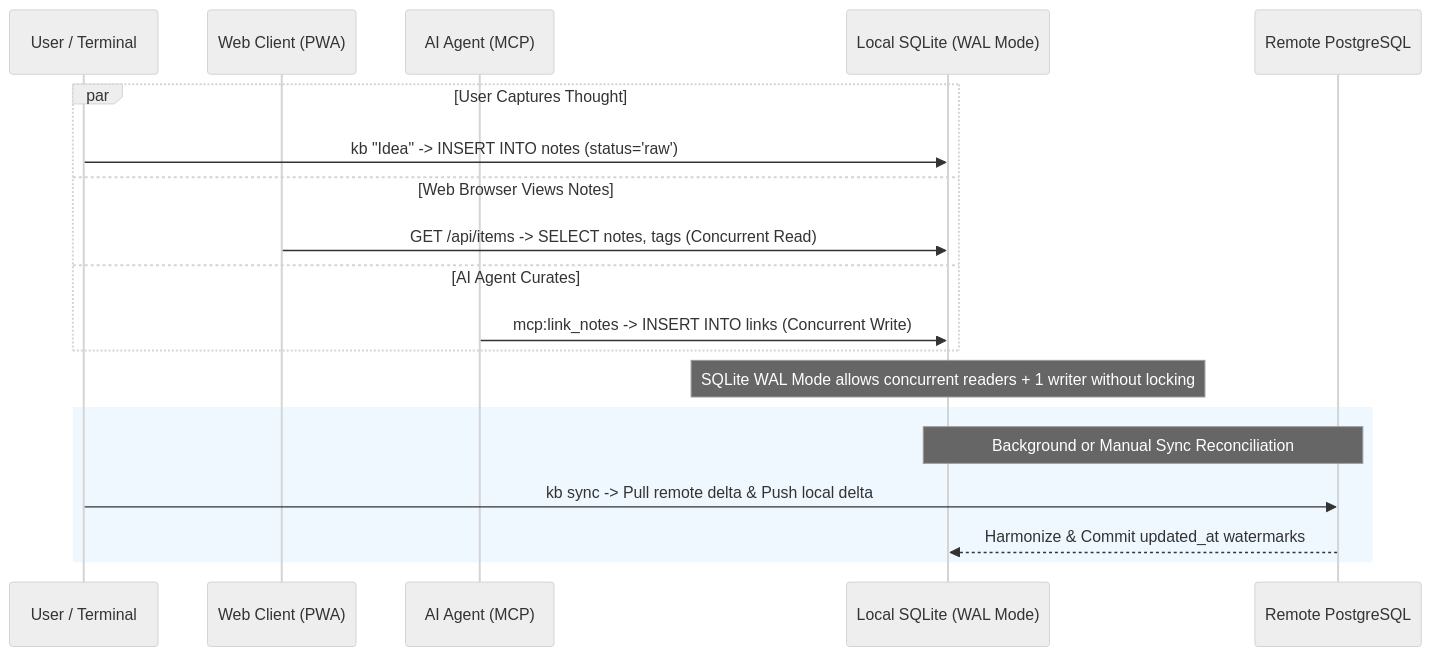
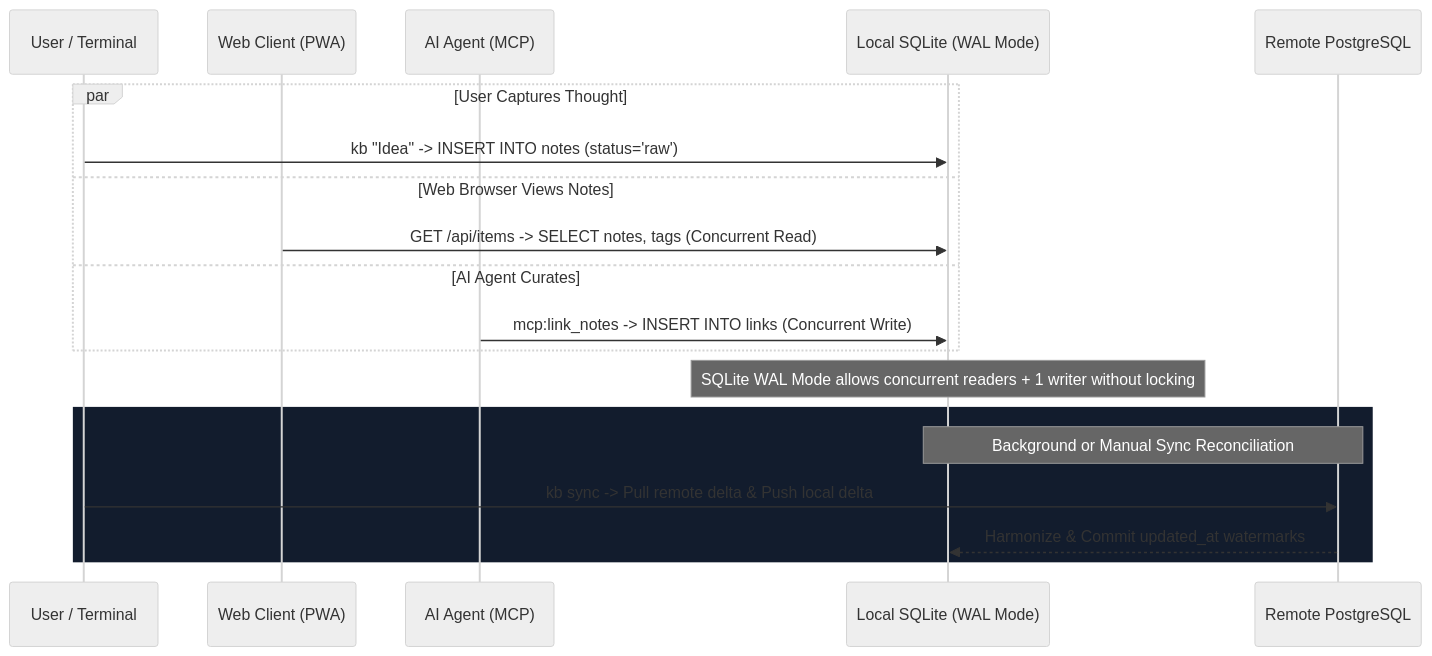
The second of 2 diagrams in docs/01-system-architecture.md (tsusheel/kb-cli), drawn with Mermaid (neutral theme) before and after one commit. The commit also changed 23 other files, not shown here.

````diff
--- a/docs/01-system-architecture.md
+++ b/docs/01-system-architecture.md
@@ -163,24 +163,24 @@
 ```mermaid
 sequenceDiagram
     participant User as User / Terminal
     participant Web as Web Client (PWA)
     participant AI as AI Agent (MCP)
     participant SQLite as Local SQLite (WAL Mode)
     participant PG as Remote PostgreSQL
 
     par User Captures Thought
         User->>SQLite: kb "Idea" -> INSERT INTO notes (status='raw')
     and Web Browser Views Notes
         Web->>SQLite: GET /api/items -> SELECT notes, tags (Concurrent Read)
     and AI Agent Curates
         AI->>SQLite: mcp:link_notes -> INSERT INTO links (Concurrent Write)
     end
 
     Note over SQLite: SQLite WAL Mode allows concurrent readers + 1 writer without locking
 
-    rect rgb(240, 248, 255)
+    rect rgb(18, 28, 45)
         Note over SQLite,PG: Background or Manual Sync Reconciliation
         User->>PG: kb sync -> Pull remote delta & Push local delta
         PG-->>SQLite: Harmonize & Commit updated_at watermarks
     end
 ```
````
